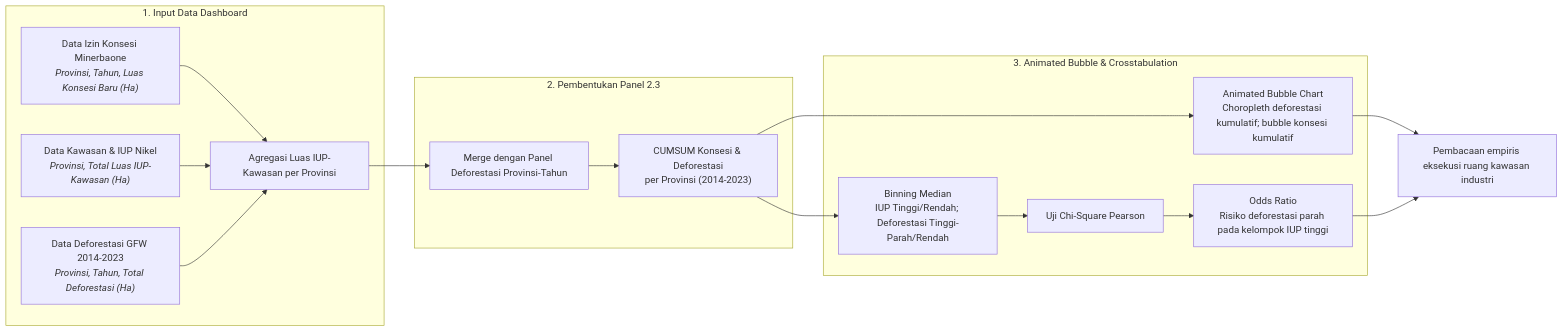
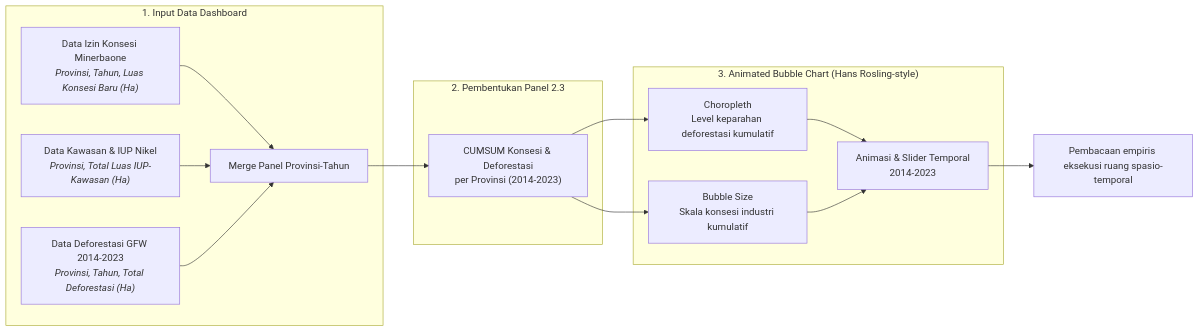
The third of 3 diagrams in tools/report_metodologi/bab_2/Metodologi_Bab2_Kualitas_Lingkungan.md (HenryAi-SIBERMU/ECC), drawn with Mermaid before and after one commit. The commit also changed other lines of this file and 4 other files, not shown here.

````diff
--- a/tools/report_metodologi/bab_2/Metodologi_Bab2_Kualitas_Lingkungan.md
+++ b/tools/report_metodologi/bab_2/Metodologi_Bab2_Kualitas_Lingkungan.md
@@ -154,20 +157,18 @@
 ```mermaid
 flowchart LR
     subgraph Data_Input["1. Input Data Dashboard"]
         A["Data Izin Konsesi Minerbaone<br/><i>Provinsi, Tahun, Luas Konsesi Baru (Ha)</i>"] --> C
         B["Data Kawasan & IUP Nikel<br/><i>Provinsi, Total Luas IUP-Kawasan (Ha)</i>"] --> C
         D["Data Deforestasi GFW 2014-2023<br/><i>Provinsi, Tahun, Total Deforestasi (Ha)</i>"] --> C
     end
     subgraph Panel_Processing["2. Pembentukan Panel 2.3"]
-        C["Agregasi Luas IUP-Kawasan per Provinsi"] --> F["Merge dengan Panel Deforestasi Provinsi-Tahun"]
-        F --> G["CUMSUM Konsesi & Deforestasi<br/>per Provinsi (2014-2023)"]
+        C["Merge Panel Provinsi-Tahun"] --> F["CUMSUM Konsesi & Deforestasi<br/>per Provinsi (2014-2023)"]
     end
-    subgraph Statistical_Test["3. Animated Bubble & Crosstabulation"]
-        G --> H["Animated Bubble Chart<br/>Choropleth deforestasi kumulatif; bubble konsesi kumulatif"]
-        G --> I["Binning Median<br/>IUP Tinggi/Rendah; Deforestasi Tinggi-Parah/Rendah"]
-        I --> J["Uji Chi-Square Pearson"]
-        J --> K["Odds Ratio<br/>Risiko deforestasi parah pada kelompok IUP tinggi"]
+    subgraph Visual_Analysis["3. Animated Bubble Chart (Hans Rosling-style)"]
+        F --> G["Choropleth<br/>Level keparahan deforestasi kumulatif"]
+        F --> H["Bubble Size<br/>Skala konsesi industri kumulatif"]
+        G --> I["Animasi & Slider Temporal<br/>2014-2023"]
+        H --> I
     end
-    H --> L["Pembacaan empiris eksekusi ruang kawasan industri"]
-    K --> L
+    I --> J["Pembacaan empiris eksekusi ruang spasio-temporal"]
 ```
````
